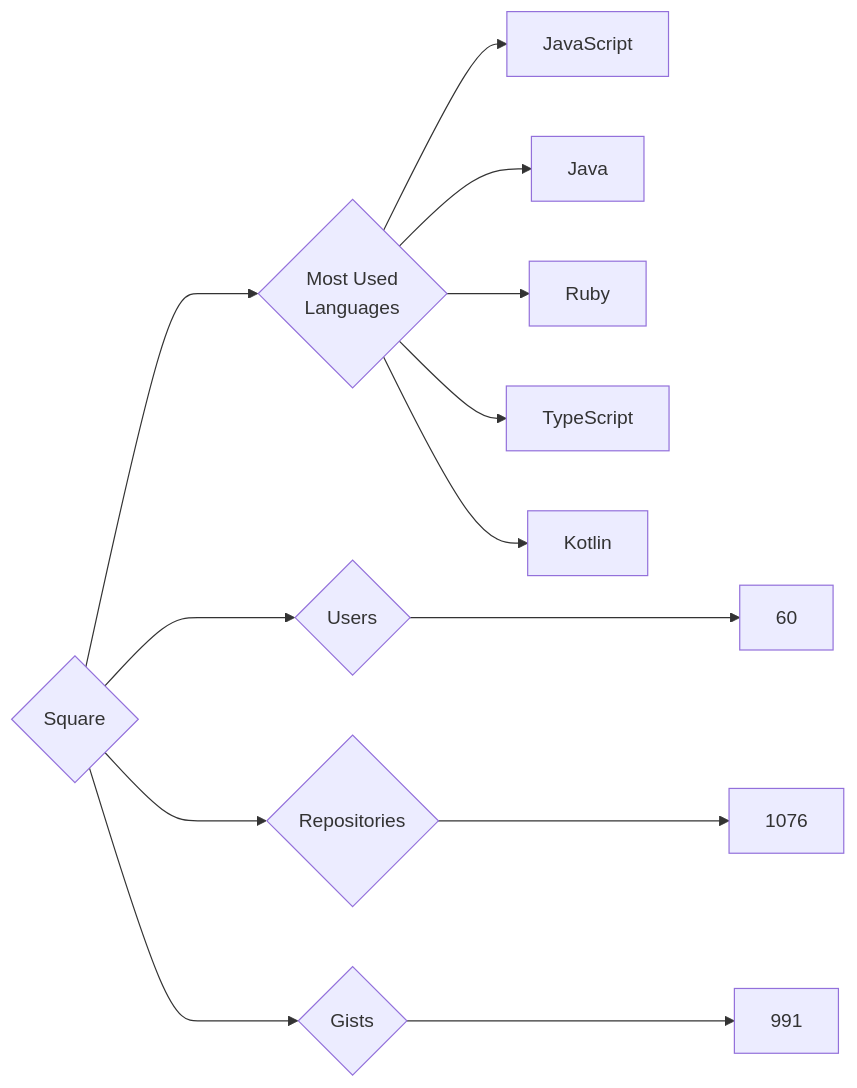
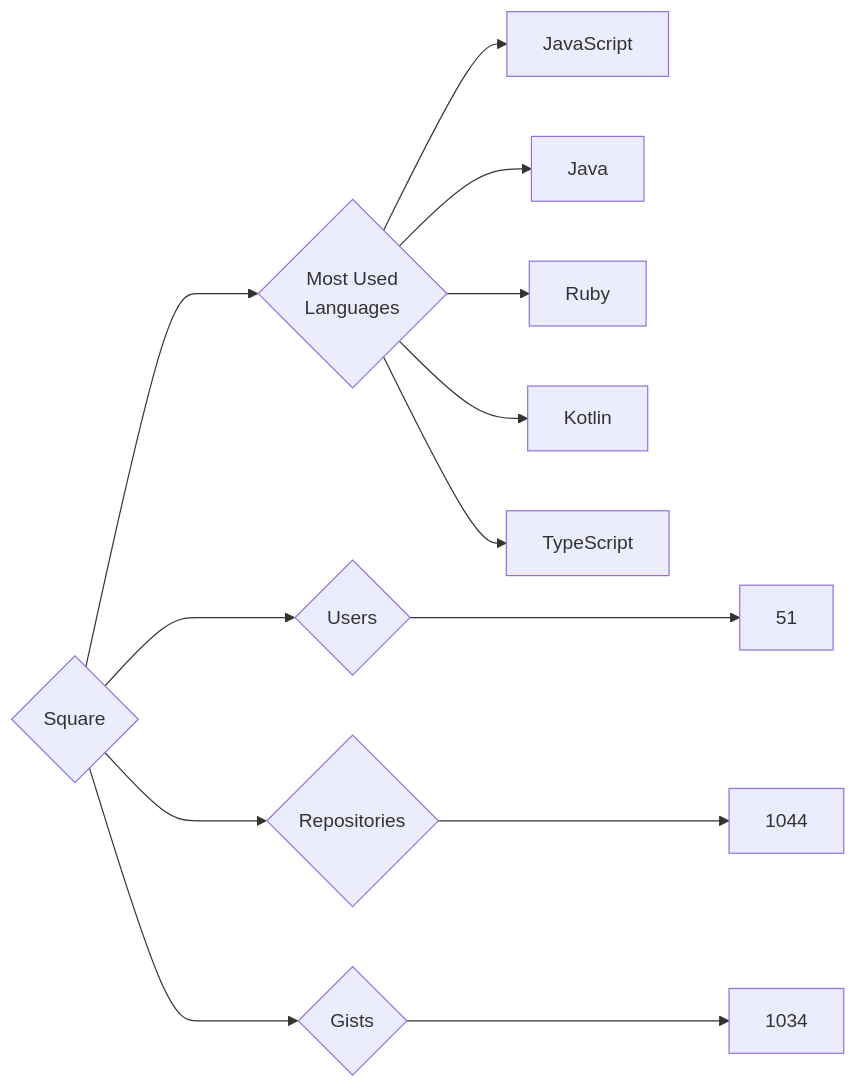
The diagram in targets/Square/README.md (trickest/insiders), drawn with Mermaid before and after one commit. The commit also changed 939 other files, not shown here.

````diff
--- a/targets/Square/README.md
+++ b/targets/Square/README.md
@@ -3,13 +3,13 @@
 ```mermaid
 graph LR
 COMPANY_NAME{Square}
-COMPANY_NAME ---> U{Users} ---> UN[60]
-COMPANY_NAME ---> R{Repositories} ---> RN[1076]
-COMPANY_NAME ---> G{Gists} ---> GN[991]
+COMPANY_NAME ---> U{Users} ---> UN[51]
+COMPANY_NAME ---> R{Repositories} ---> RN[1044]
+COMPANY_NAME ---> G{Gists} ---> GN[1034]
 COMPANY_NAME ---> ML{Most Used<br>Languages}
 ML --> JavaScript[JavaScript]
 ML --> Java[Java]
 ML --> Ruby[Ruby]
+ML --> Kotlin[Kotlin]
 ML --> TypeScript[TypeScript]
-ML --> Kotlin[Kotlin]
 ```
````
